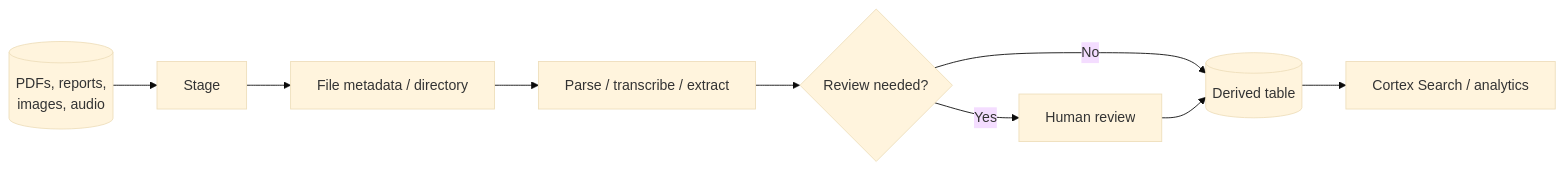
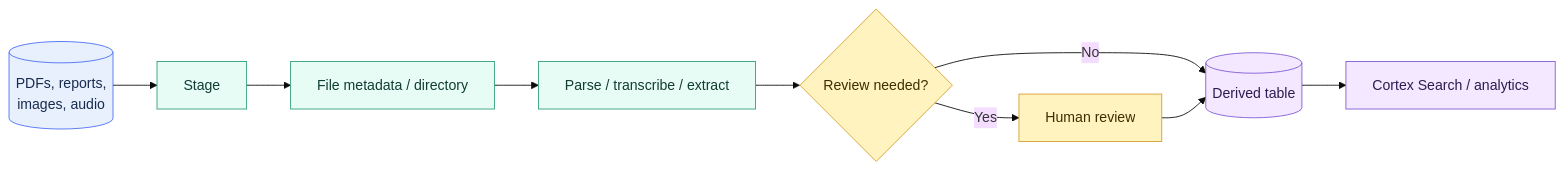
The diagram in 01 Snowflake/04 Data Engineering/31 Unstructured File Pipelines and Document Processing.md (shonningsoy/Upskill), drawn with Mermaid (base theme) before and after one commit. The commit also changed other lines of this file and 14 other files, not shown here.

````diff
--- a/01 Snowflake/04 Data Engineering/31 Unstructured File Pipelines and Document Processing.md
+++ b/01 Snowflake/04 Data Engineering/31 Unstructured File Pipelines and Document Processing.md
@@ -61,11 +64,21 @@
 ```mermaid
 flowchart LR
     FILES[(PDFs, reports,<br/>images, audio)] --> STAGE[Stage]
     STAGE --> META[File metadata / directory]
     META --> PARSE[Parse / transcribe / extract]
     PARSE --> REVIEW{Review needed?}
     REVIEW -->|Yes| HUMAN[Human review]
     REVIEW -->|No| DERIVED[(Derived table)]
     HUMAN --> DERIVED
     DERIVED --> SEARCH[Cortex Search / analytics]
+
+    classDef input fill:#E8F0FE,stroke:#4C6EF5,color:#172B4D
+    classDef control fill:#FFF3BF,stroke:#D69E2E,color:#3D2E00
+    classDef snowflake fill:#E6FCF5,stroke:#2F9E7B,color:#123C34
+    classDef platform fill:#F1F3F5,stroke:#868E96,color:#212529
+    classDef output fill:#F3E8FF,stroke:#805AD5,color:#2D1B4E
+    class FILES input
+    class REVIEW,HUMAN control
+    class STAGE,META,PARSE snowflake
+    class DERIVED,SEARCH output
 ```
````
